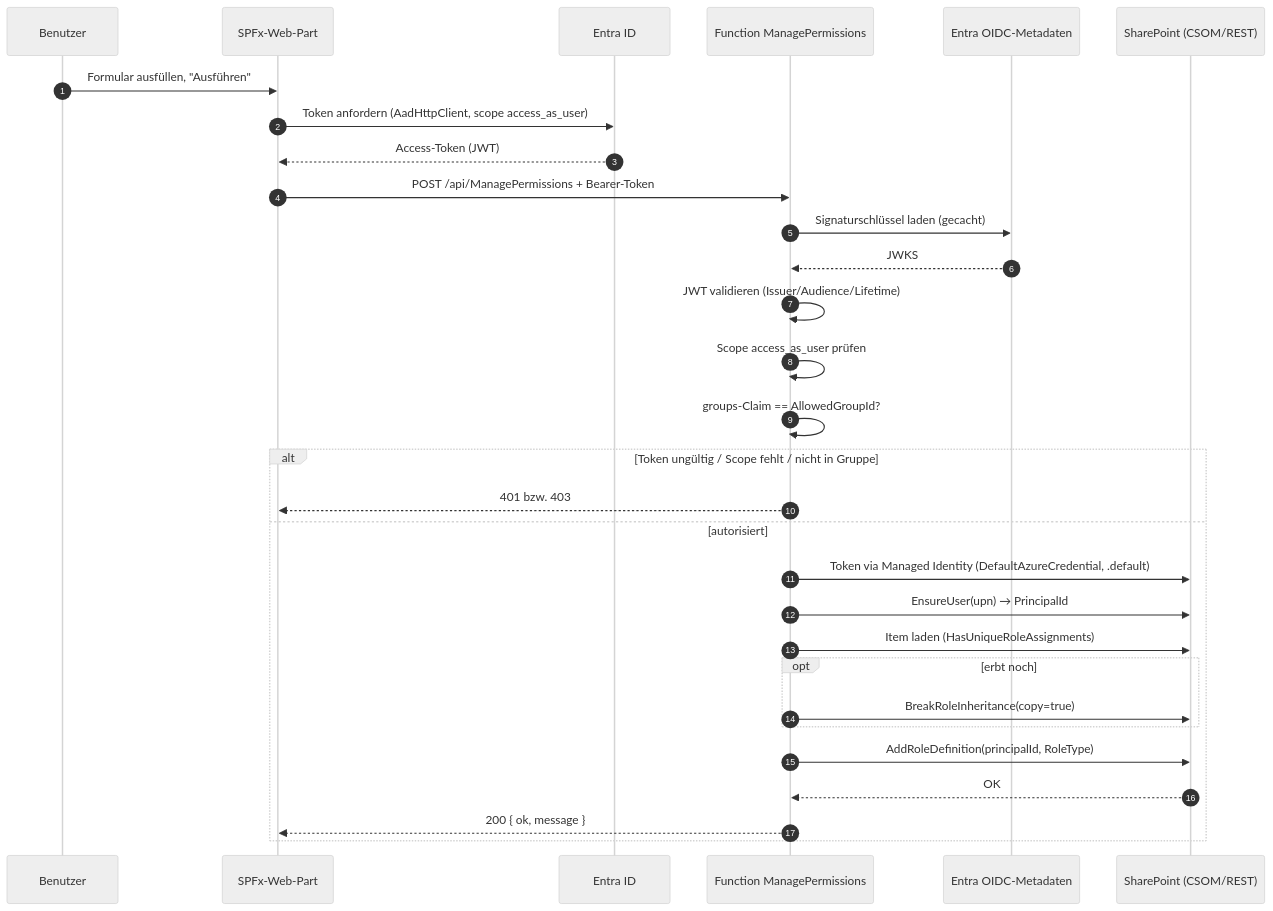
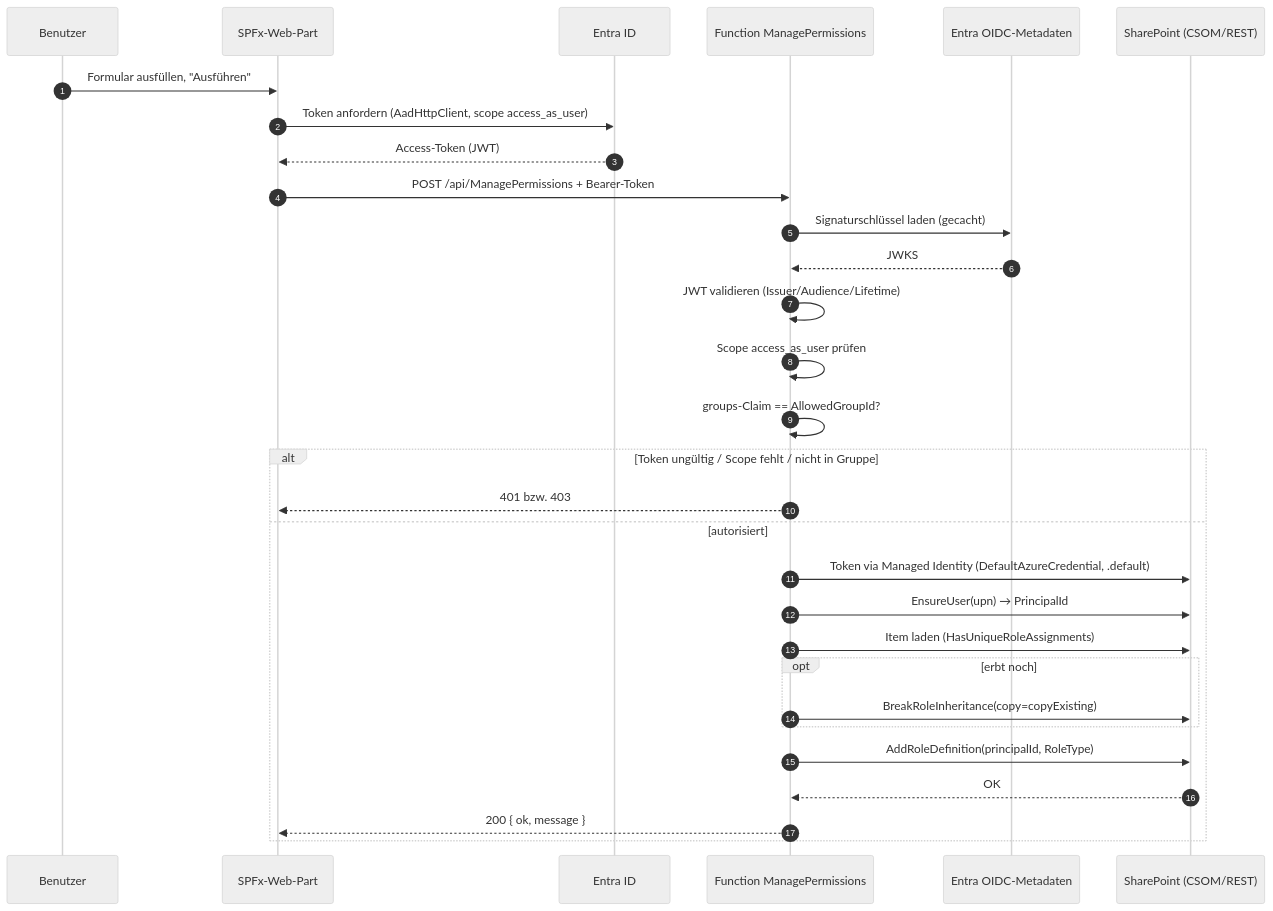
Before and after one commit to matthias-glubrecht/ManagePermissions: the diagram in docs/architektur.md, drawn with Mermaid (neutral theme). The commit also changed other lines of this file and 7 other files, not shown here.

````diff
--- a/docs/architektur.md
+++ b/docs/architektur.md
@@ -24,35 +24,35 @@
 ```mermaid
 sequenceDiagram
     autonumber
     participant U as Benutzer
     participant WP as SPFx-Web-Part
     participant AAD as Entra ID
     participant FN as Function ManagePermissions
     participant OIDC as Entra OIDC-Metadaten
     participant SP as SharePoint (CSOM/REST)
 
     U->>WP: Formular ausfüllen, "Ausführen"
     WP->>AAD: Token anfordern (AadHttpClient, scope access_as_user)
     AAD-->>WP: Access-Token (JWT)
     WP->>FN: POST /api/ManagePermissions + Bearer-Token
 
     FN->>OIDC: Signaturschlüssel laden (gecacht)
     OIDC-->>FN: JWKS
     FN->>FN: JWT validieren (Issuer/Audience/Lifetime)
     FN->>FN: Scope access_as_user prüfen
     FN->>FN: groups-Claim == AllowedGroupId?
 
     alt Token ungültig / Scope fehlt / nicht in Gruppe
         FN-->>WP: 401 bzw. 403
     else autorisiert
         FN->>SP: Token via Managed Identity (DefaultAzureCredential, .default)
         FN->>SP: EnsureUser(upn) → PrincipalId
         FN->>SP: Item laden (HasUniqueRoleAssignments)
         opt erbt noch
-            FN->>SP: BreakRoleInheritance(copy=true)
+            FN->>SP: BreakRoleInheritance(copy=copyExisting)
         end
         FN->>SP: AddRoleDefinition(principalId, RoleType)
         SP-->>FN: OK
         FN-->>WP: 200 { ok, message }
     end
 ```
````
